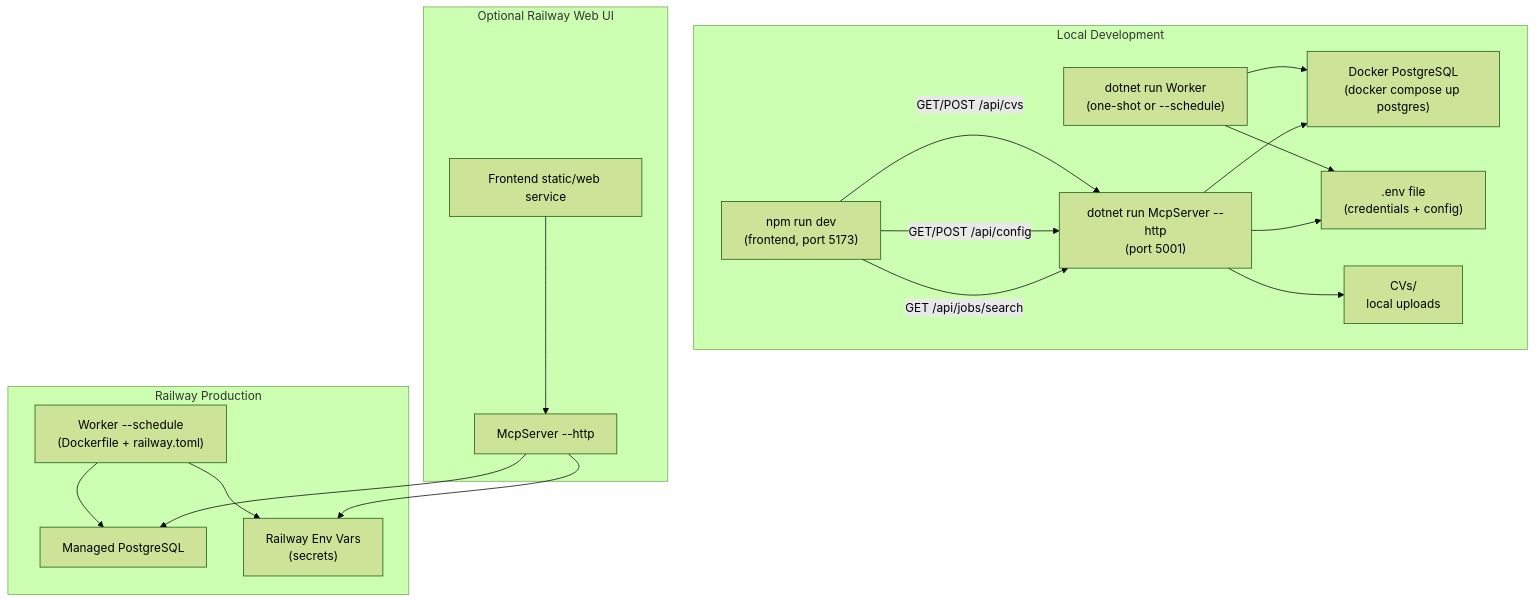
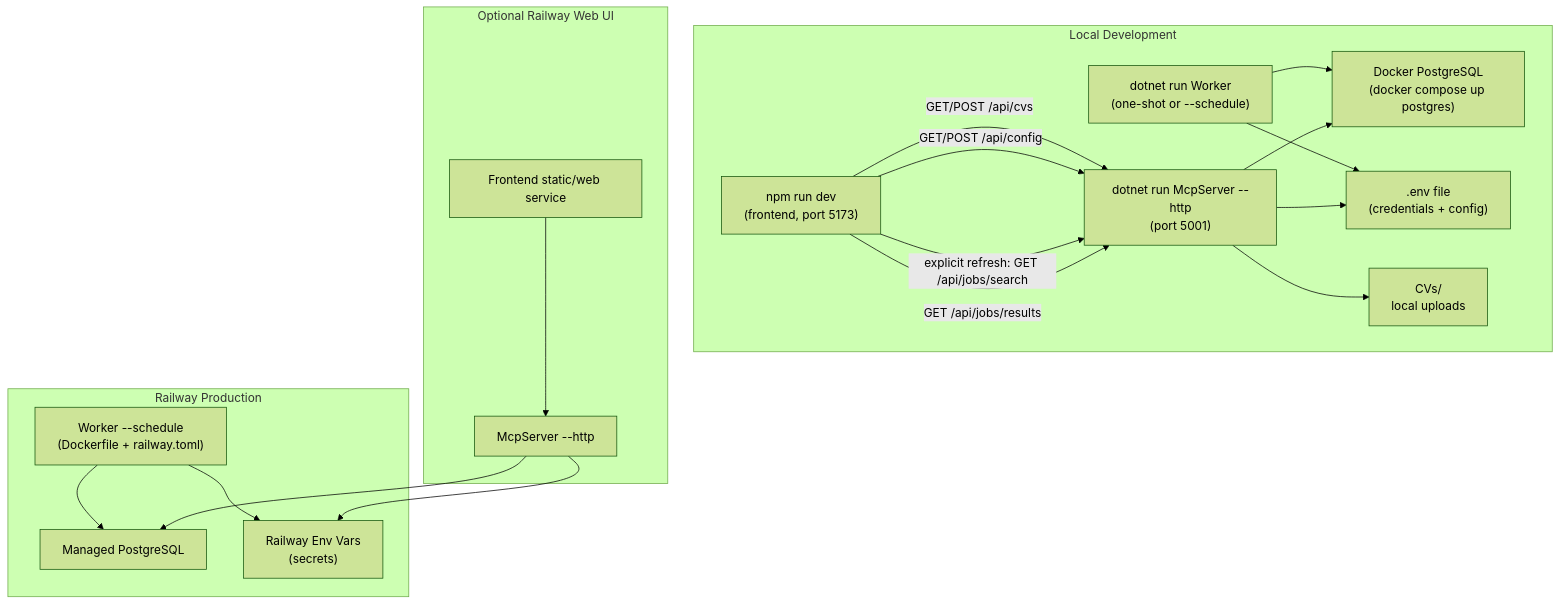
One commit to ekanatha-urivakili/AiJobSearchAgent changed the second of 4 diagrams in README.md. Above: the diagram before and after it, drawn with Mermaid (forest theme). The commit also changed other lines of this file and 5 other files, not shown here.

````diff
--- a/README.md
+++ b/README.md
@@ -96,37 +103,38 @@
 ```mermaid
 flowchart TB
     subgraph Local["Local Development"]
         DevUI["npm run dev\n(frontend, port 5173)"]
         DevMcp["dotnet run McpServer --http\n(port 5001)"]
         DevWorker["dotnet run Worker\n(one-shot or --schedule)"]
         LocalPg["Docker PostgreSQL\n(docker compose up postgres)"]
         DotEnv[".env file\n(credentials + config)"]
         LocalCvs["CVs/\nlocal uploads"]
 
-        DevUI -- "GET /api/jobs/search" --> DevMcp
+        DevUI -- "GET /api/jobs/results" --> DevMcp
+        DevUI -- "explicit refresh: GET /api/jobs/search" --> DevMcp
         DevUI -- "GET/POST /api/config" --> DevMcp
         DevUI -- "GET/POST /api/cvs" --> DevMcp
         DevMcp --> LocalPg
         DevWorker --> LocalPg
         DevMcp --> DotEnv
         DevWorker --> DotEnv
         DevMcp --> LocalCvs
     end
 
     subgraph Railway["Railway Production"]
         RailwayWorker["Worker --schedule\n(Dockerfile + railway.toml)"]
         RailwayPg["Managed PostgreSQL"]
         RailwaySecrets["Railway Env Vars\n(secrets)"]
 
         RailwayWorker --> RailwayPg
         RailwayWorker --> RailwaySecrets
     end
 
     subgraph OptionalRailwayWeb["Optional Railway Web UI"]
         RailwayMcp["McpServer --http"]
         RailwayFrontend["Frontend static/web service"]
         RailwayFrontend --> RailwayMcp
         RailwayMcp --> RailwayPg
         RailwayMcp --> RailwaySecrets
     end
 ```
````
